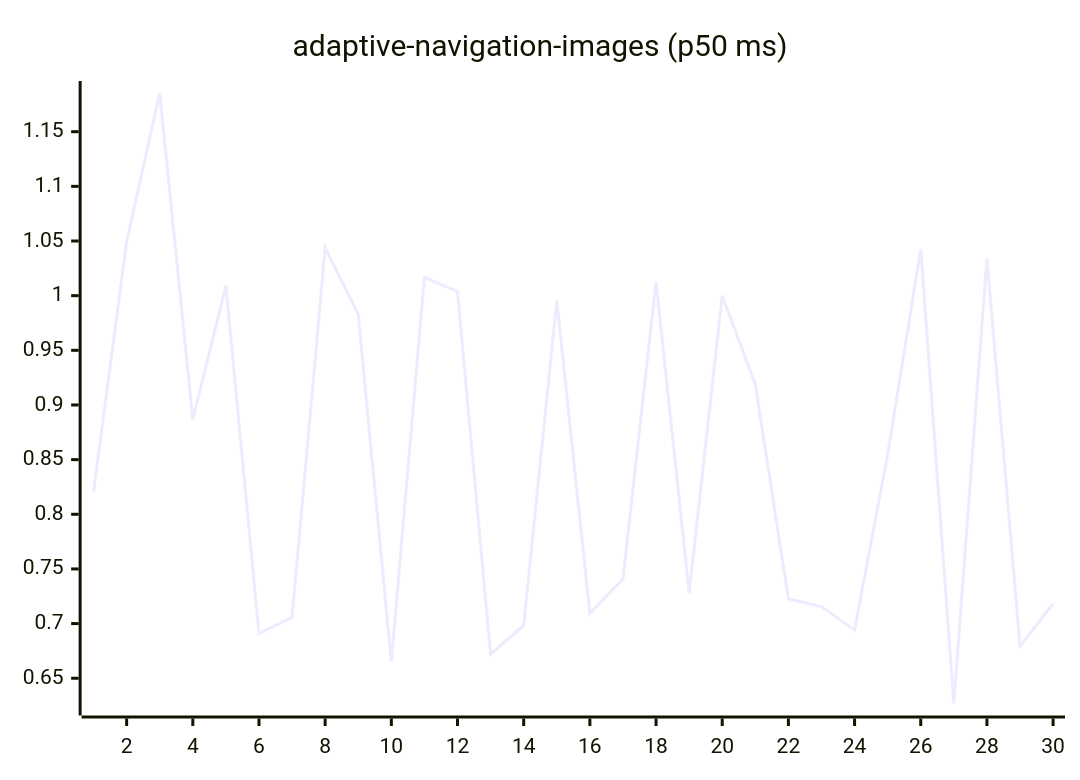
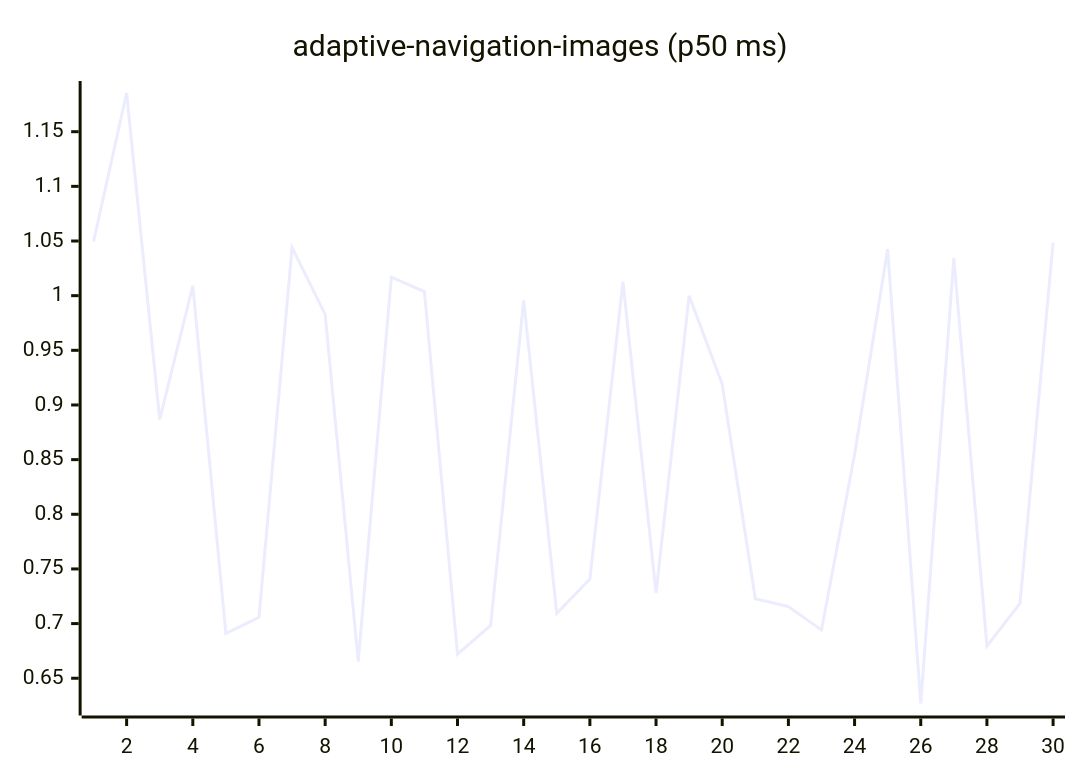
Before and after one commit to josha/Facet: the first of 27 diagrams in README.md, drawn with Mermaid. The commit also changed other lines of this file and 2 other files, not shown here.

````diff
--- a/README.md
+++ b/README.md
@@ -63,6 +63,6 @@
 ```mermaid
 xychart-beta
     title "adaptive-navigation-images (p50 ms)"
     x-axis 1 --> 30
-    line [0.8201, 1.0494, 1.1854, 0.8867, 1.0090, 0.6909, 0.7058, 1.0439, 0.9829, 0.6652, 1.0169, 1.0037, 0.6721, 0.6983, 0.9956, 0.7094, 0.7407, 1.0129, 0.7280, 1.0000, 0.9189, 0.7227, 0.7156, 0.6941, 0.8547, 1.0425, 0.6269, 1.0344, 0.6795, 0.7184]
+    line [1.0494, 1.1854, 0.8867, 1.0090, 0.6909, 0.7058, 1.0439, 0.9829, 0.6652, 1.0169, 1.0037, 0.6721, 0.6983, 0.9956, 0.7094, 0.7407, 1.0129, 0.7280, 1.0000, 0.9189, 0.7227, 0.7156, 0.6941, 0.8547, 1.0425, 0.6269, 1.0344, 0.6795, 0.7184, 1.0485]
 ```
````
